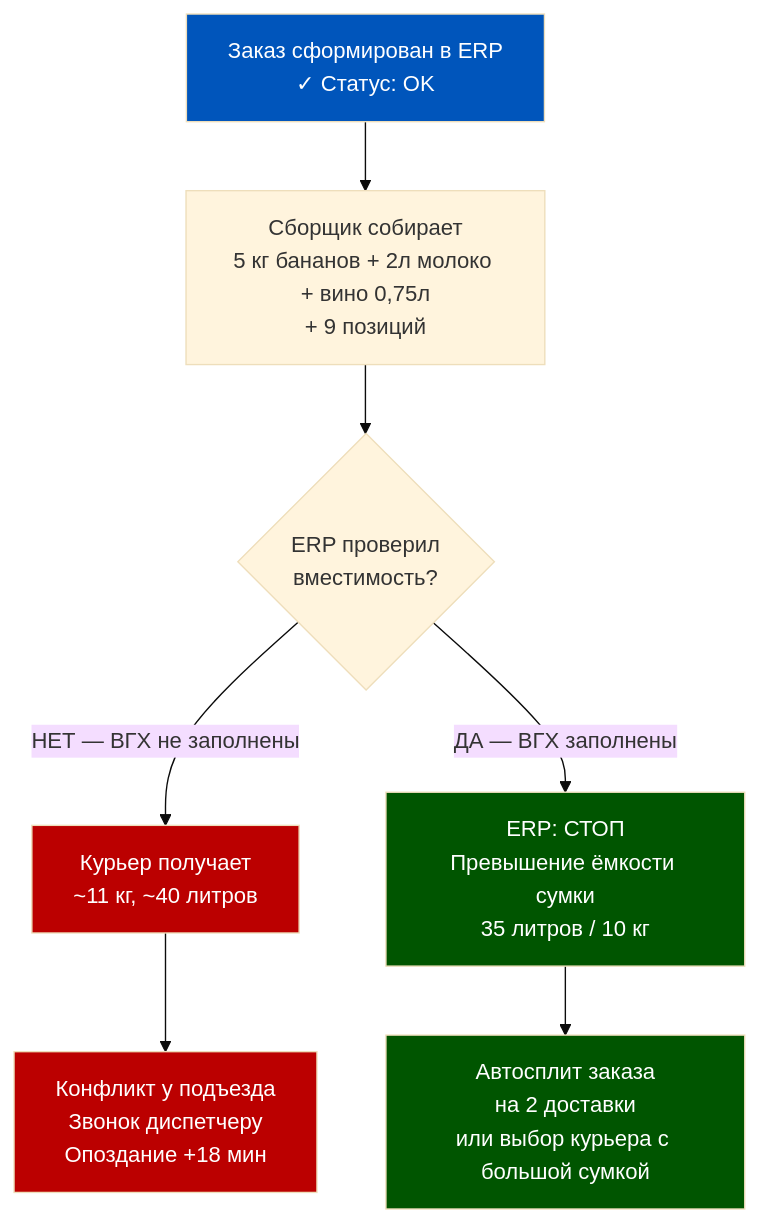
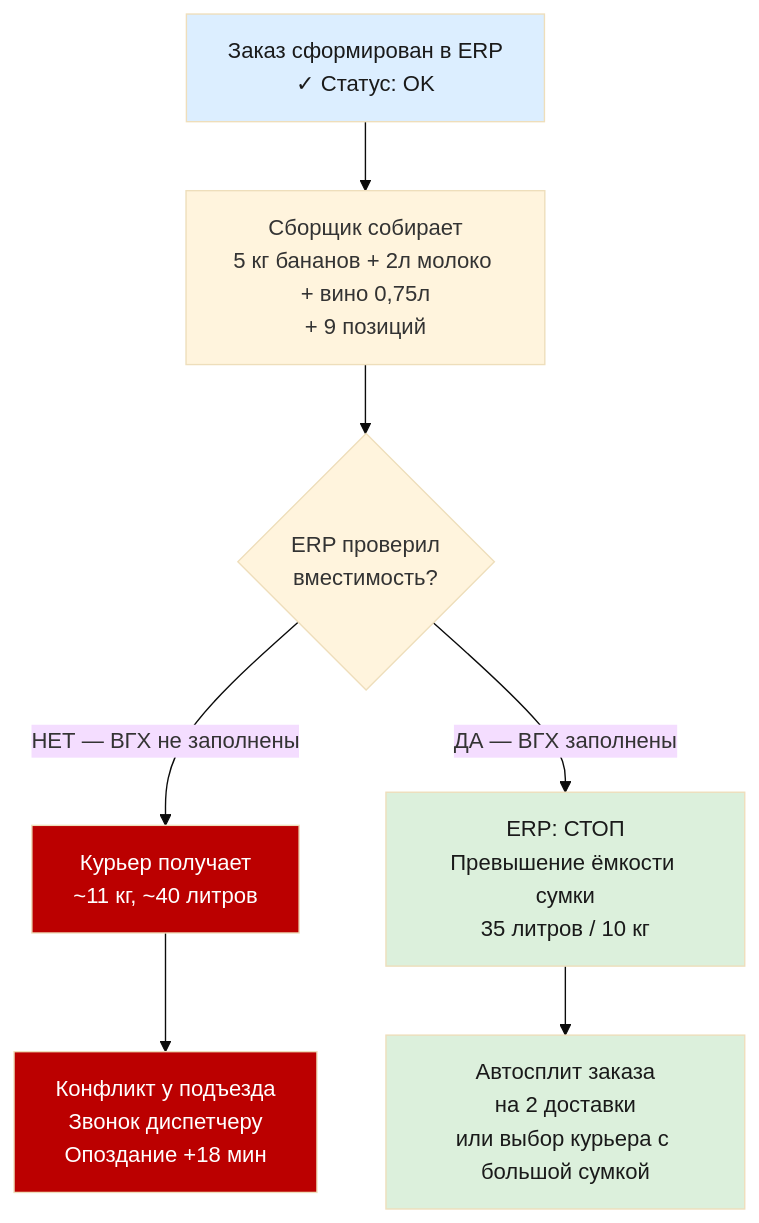
Before and after one commit to murad1986/1c-erp-quartz: the first of 9 diagrams in content/1c-erp/week_4/Неделя 4 - День 5 - Весогабаритные характеристики.md, drawn with Mermaid (base theme). The commit also changed other lines of this file and 57 other files, not shown here.

First line of the commit message:
fix: Mermaid — пастельные цвета в источниках диаграмм (56 файлов)

````diff
--- a/content/1c-erp/week_4/Неделя 4 - День 5 - Весогабаритные характеристики.md
+++ b/content/1c-erp/week_4/Неделя 4 - День 5 - Весогабаритные характеристики.md
@@ -51,15 +51,15 @@
 ```mermaid
 flowchart TD
     A["Заказ сформирован в ERP<br/>✓ Статус: OK"] --> B["Сборщик собирает<br/>5 кг бананов + 2л молоко + вино 0,75л<br/>+ 9 позиций"]
     B --> C{"ERP проверил<br/>вместимость?"}
     C -- "НЕТ — ВГХ не заполнены" --> D["Курьер получает<br/>~11 кг, ~40 литров"]
     C -- "ДА — ВГХ заполнены" --> E["ERP: СТОП<br/>Превышение ёмкости сумки<br/>35 литров / 10 кг"]
     D --> F["Конфликт у подъезда<br/>Звонок диспетчеру<br/>Опоздание +18 мин"]
     E --> G["Автосплит заказа<br/>на 2 доставки<br/>или выбор курьера с большой сумкой"]
 
-    style A fill:#0055BB,color:#fff
+    style A fill:#dceeff,color:#1a1a1a
     style D fill:#BB0000,color:#fff
-    style E fill:#005500,color:#fff
+    style E fill:#dcf0dc,color:#1a1a1a
     style F fill:#BB0000,color:#fff
-    style G fill:#005500,color:#fff
+    style G fill:#dcf0dc,color:#1a1a1a
 ```
````
